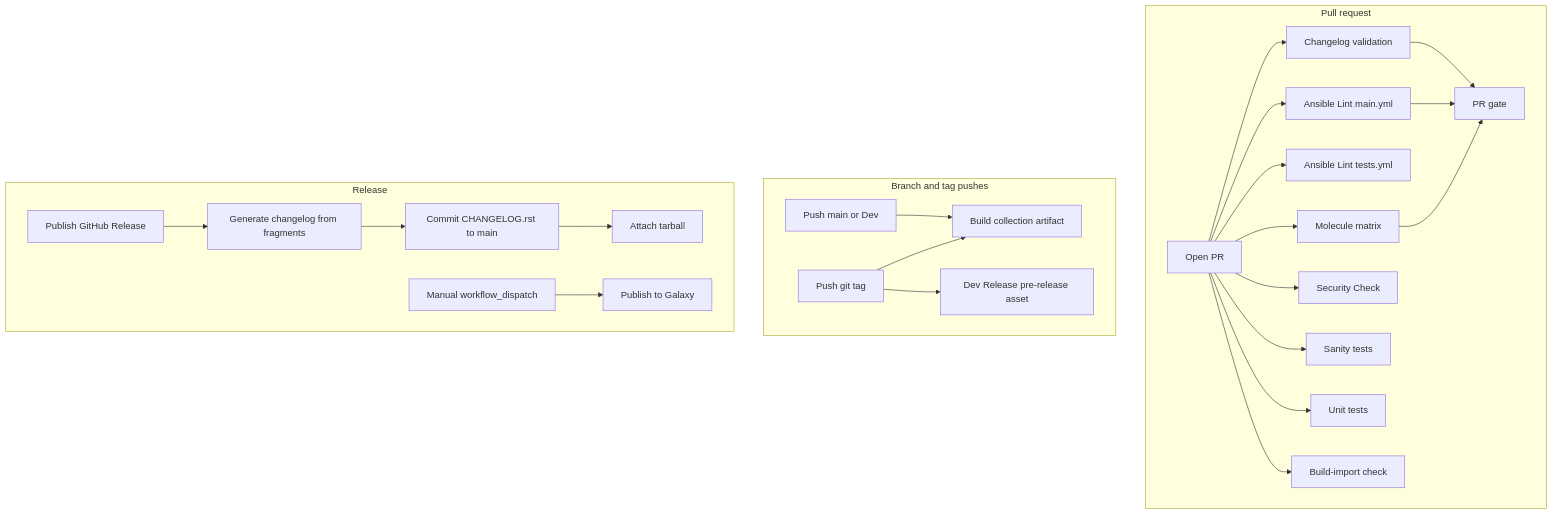
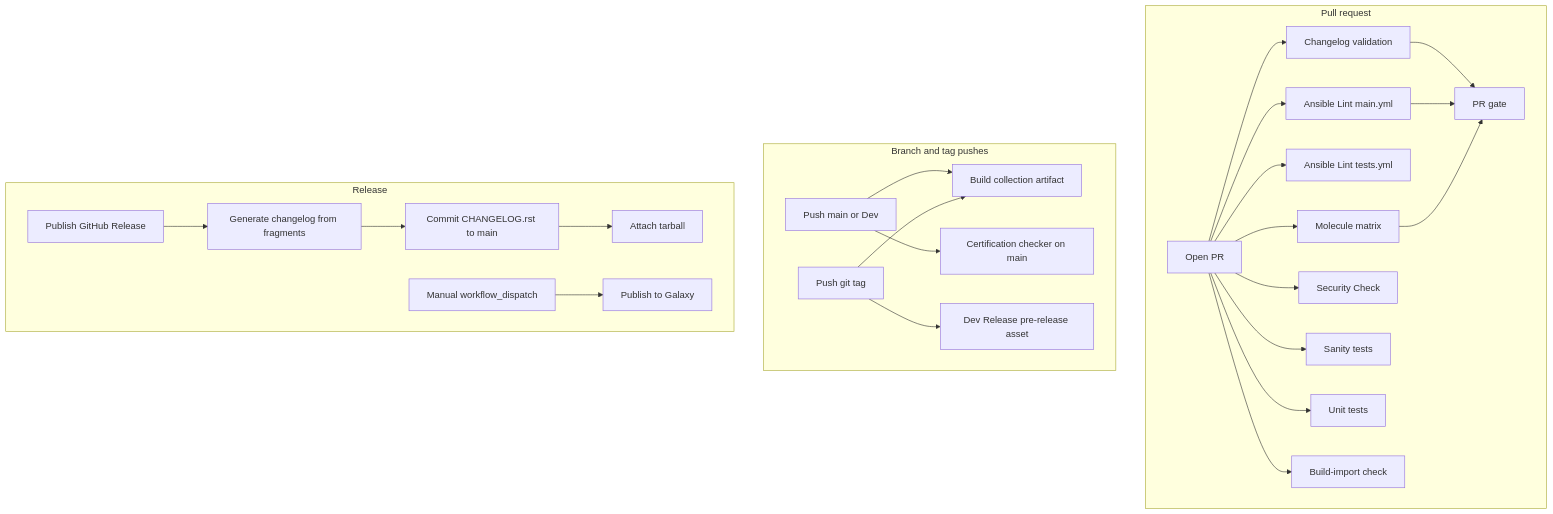
The first of 2 diagrams in .github/Developers _Guide.md (Automation-Development-Office/ado), drawn with Mermaid before and after one commit. The commit also changed other lines of this file and 2 other files, not shown here.

Commit message:
Run the certification checker on pushes to main.

````diff
--- a/.github/Developers _Guide.md
+++ b/.github/Developers _Guide.md
@@ -97,29 +97,30 @@
 ```mermaid
 flowchart TD
   subgraph prFlow [Pull request]
     prOpen[Open PR] --> changelog[Changelog validation]
     prOpen --> lintMain[Ansible Lint main.yml]
     prOpen --> lintTests[Ansible Lint tests.yml]
     prOpen --> molecule[Molecule matrix]
     prOpen --> securityPR[Security Check]
     prOpen --> sanity[Sanity tests]
     prOpen --> unit[Unit tests]
     prOpen --> buildImport[Build-import check]
     changelog --> prGate[PR gate]
     lintMain --> prGate
     molecule --> prGate
   end
 
   subgraph branchFlow [Branch and tag pushes]
     pushMain[Push main or Dev] --> buildArtifact[Build collection artifact]
+    pushMain --> certMain[Certification checker on main]
     tagPush[Push git tag] --> buildArtifact
     tagPush --> devRelease[Dev Release pre-release asset]
   end
 
   subgraph releaseFlow [Release]
     publishGH[Publish GitHub Release] --> generateChangelog[Generate changelog from fragments]
     generateChangelog --> commitMain[Commit CHANGELOG.rst to main]
     commitMain --> attachAsset[Attach tarball]
     manualGalaxy[Manual workflow_dispatch] --> galaxyPublish[Publish to Galaxy]
   end
 ```
````
